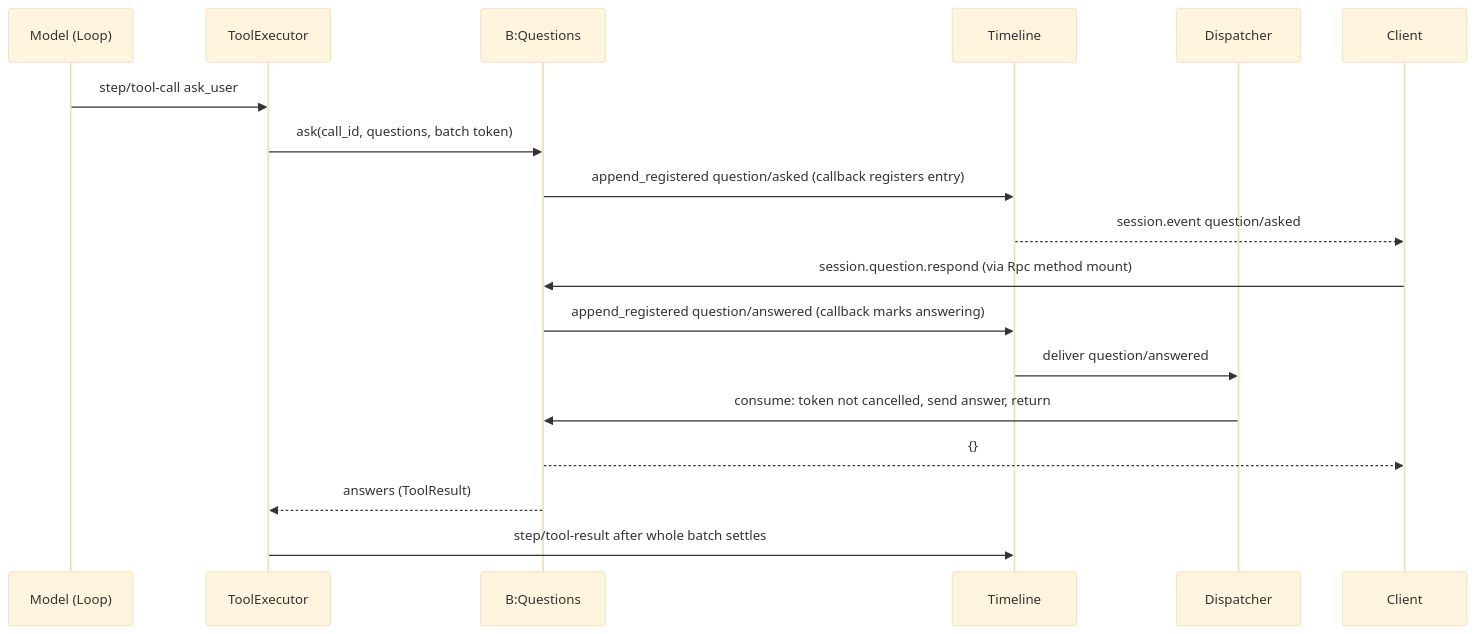
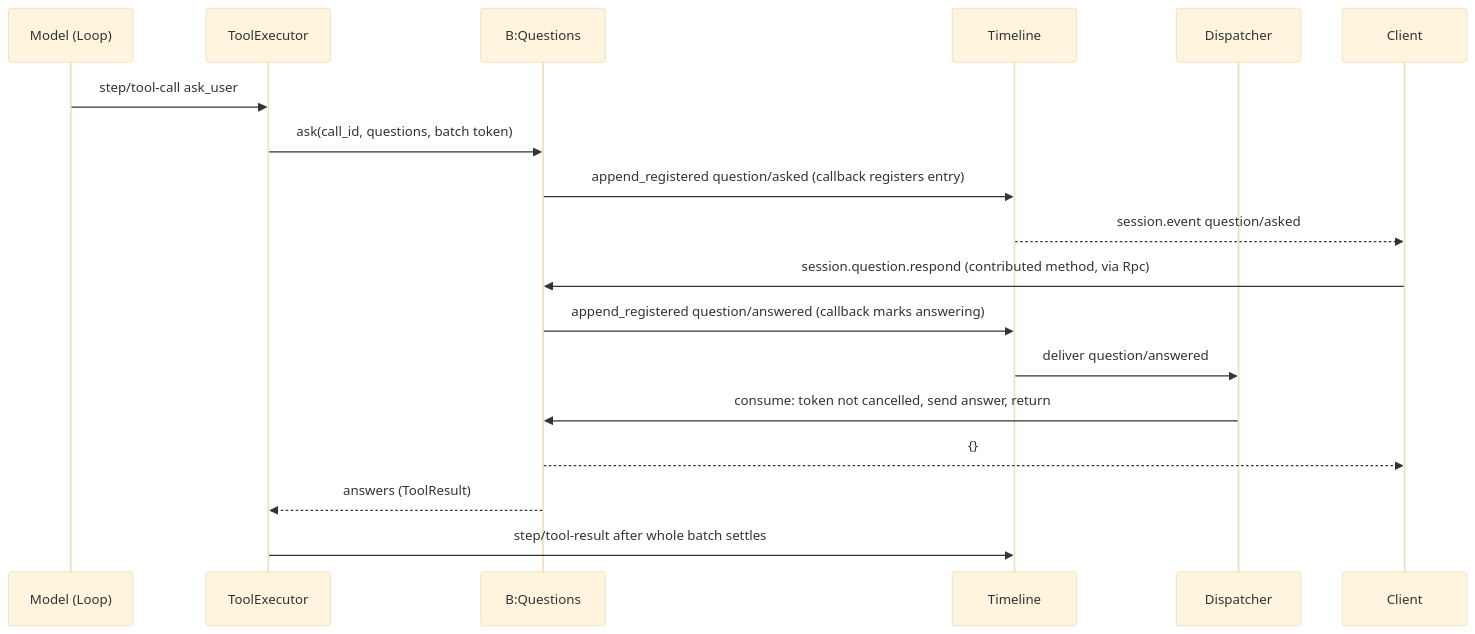
Before and after one commit to CoutinhoTTS/dim-agent: the third of 6 diagrams in docs/design/plugins/Questions.md, drawn with Mermaid (base theme). The commit also changed other lines of this file and 3 other files, not shown here.

````diff
--- a/docs/design/plugins/Questions.md
+++ b/docs/design/plugins/Questions.md
@@ -95,20 +91,20 @@
 ```mermaid
 sequenceDiagram
   participant M as Model (Loop)
   participant TE as ToolExecutor
   participant Q as B:Questions
   participant TL as Timeline
   participant D as Dispatcher
   participant C as Client
   M->>TE: step/tool-call ask_user
   TE->>Q: ask(call_id, questions, batch token)
   Q->>TL: append_registered question/asked (callback registers entry)
   TL-->>C: session.event question/asked
-  C->>Q: session.question.respond (via Rpc method mount)
+  C->>Q: session.question.respond (contributed method, via Rpc)
   Q->>TL: append_registered question/answered (callback marks answering)
   TL->>D: deliver question/answered
   D->>Q: consume: token not cancelled, send answer, return
   Q-->>C: {}
   Q-->>TE: answers (ToolResult)
   TE->>TL: step/tool-result after whole batch settles
 ```
````
